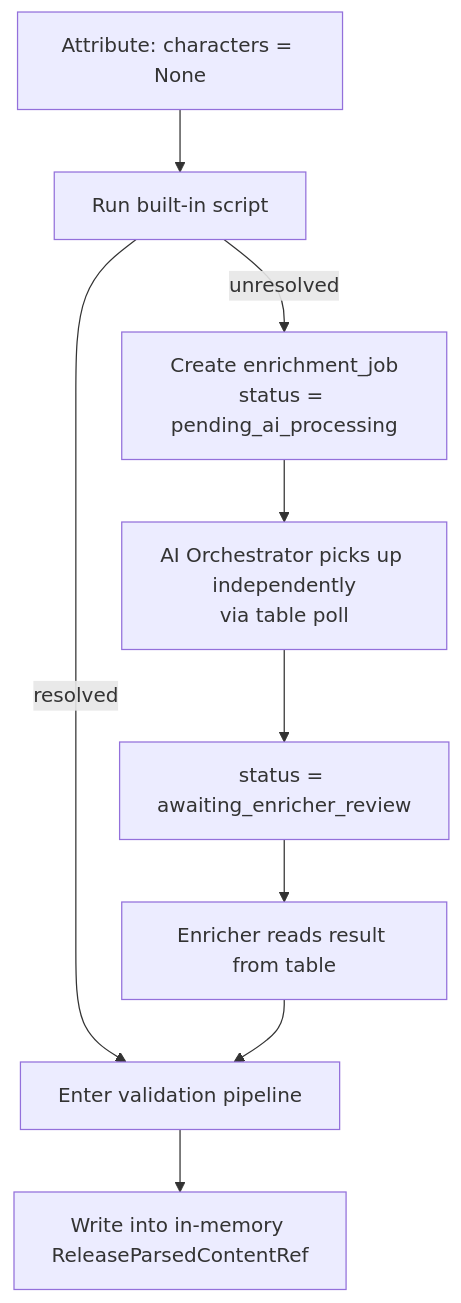
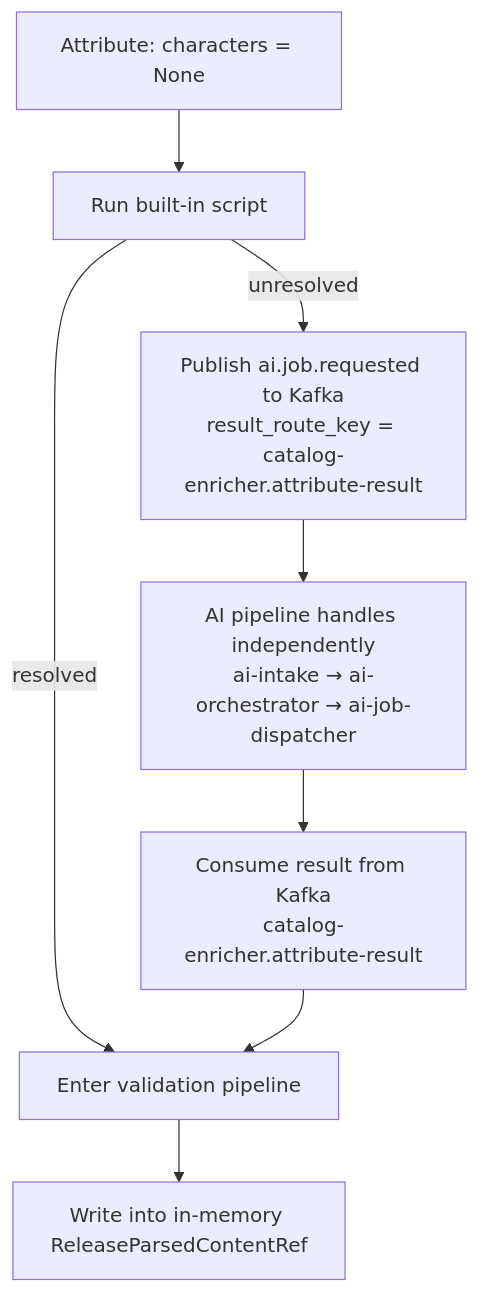
The second of 4 diagrams in monstrino-docs/docs/raw-to-catalog/02-raw-to-catalog.md (MafiaCoconut/Monstrino), drawn with Mermaid before and after one commit. The commit also changed other lines of this file and 68 other files, not shown here.

````diff
--- a/monstrino-docs/docs/raw-to-catalog/02-raw-to-catalog.md
+++ b/monstrino-docs/docs/raw-to-catalog/02-raw-to-catalog.md
@@ -273,11 +273,10 @@
 ```mermaid
 flowchart TD
     A[Attribute: characters = None] --> B[Run built-in script]
     B -->|resolved| C[Enter validation pipeline]
-    B -->|unresolved| D[Create enrichment_job<br/>status = pending_ai_processing]
-    D --> E[AI Orchestrator picks up independently<br/>via table poll]
-    E --> F[status = awaiting_enricher_review]
-    F --> G[Enricher reads result from table]
-    G --> C
+    B -->|unresolved| D[Publish ai.job.requested to Kafka<br/>result_route_key = catalog-enricher.attribute-result]
+    D --> E[AI pipeline handles independently<br/>ai-intake → ai-orchestrator → ai-job-dispatcher]
+    E --> F[Consume result from Kafka<br/>catalog-enricher.attribute-result]
+    F --> C
     C --> H[Write into in-memory ReleaseParsedContentRef]
 ```
````
